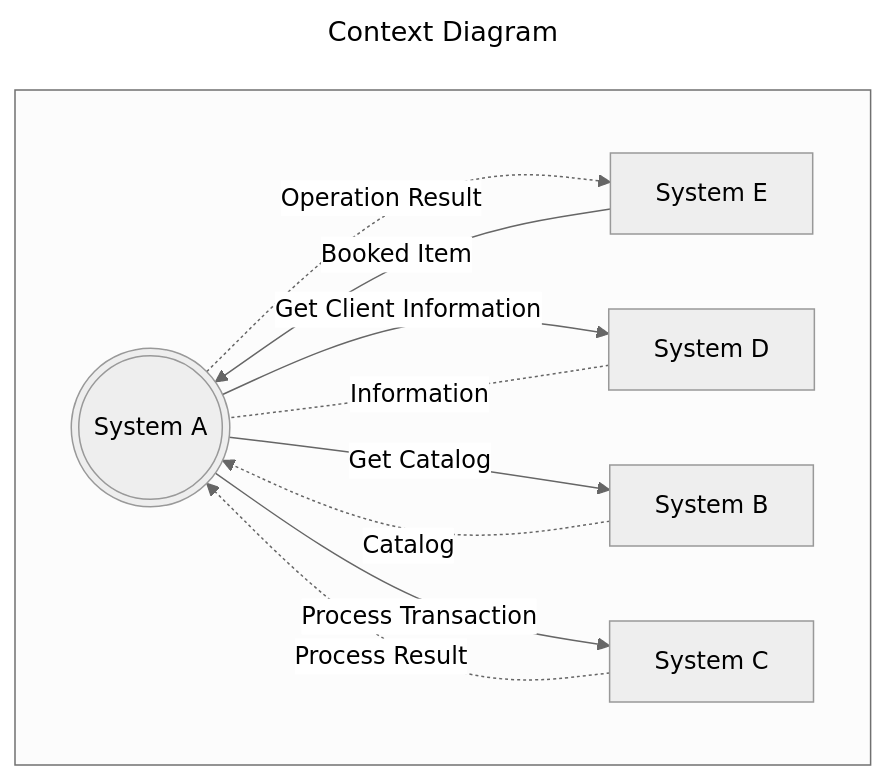
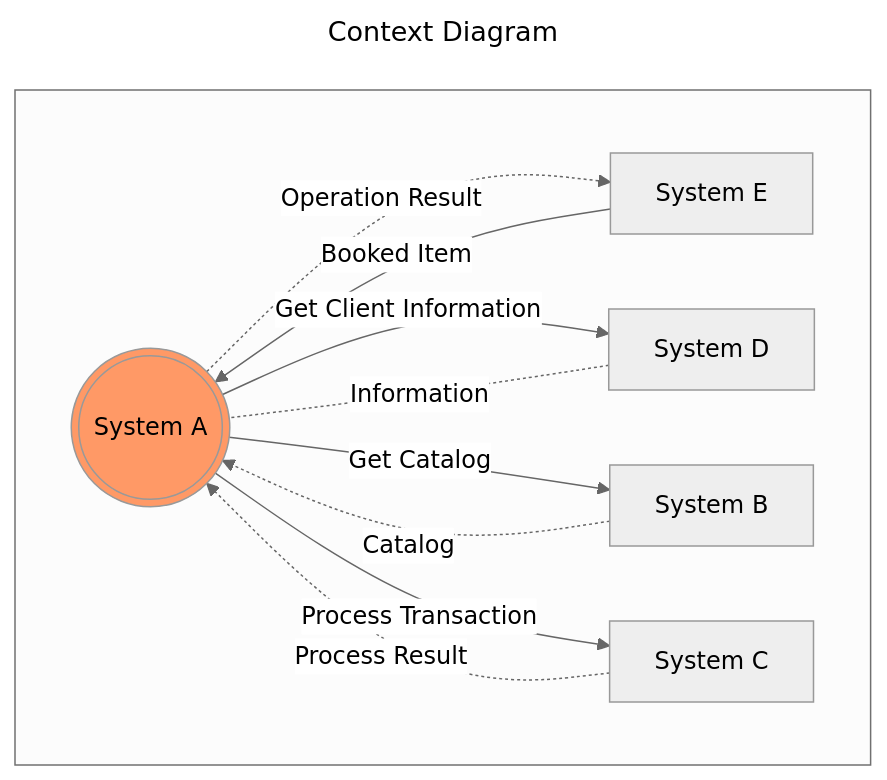
Before and after one commit to Kuziomkin/diagrams: the third of 4 diagrams in mermaid_diagrams.md, drawn with Mermaid.

````diff
--- a/mermaid_diagrams.md
+++ b/mermaid_diagrams.md
@@ -45,31 +45,32 @@
 ```mermaid
 ---
 title: Context Diagram
 config:
   layout: dagre
   look: classic
   theme: neutral
 ---
     flowchart TD
         %% define components
         A(((System A)))
         B[System B]
         C[System C]
         D[System D]
         E[System E]
         click B "https://github.com/Kuziomkin/diagrams/blob/main/mermaid_diagrams.md#flow-chart-1" "This is a tooltip for a link"
 
         subgraph " "
             direction LR
             %% define relationships
             E -- Booked Item --> A
             A -.Operation Result.-> E
-            A --Get Client Information--> D
+            A:::someclass --Get Client Information--> D
+            classDef someclass fill:#f96
             D -.Information.- A
             A -- Get Catalog--> B
             B -. Catalog .-> A
             A --Process Transaction--> C
             C -.Process Result.->A
         end
 
 ```
````
